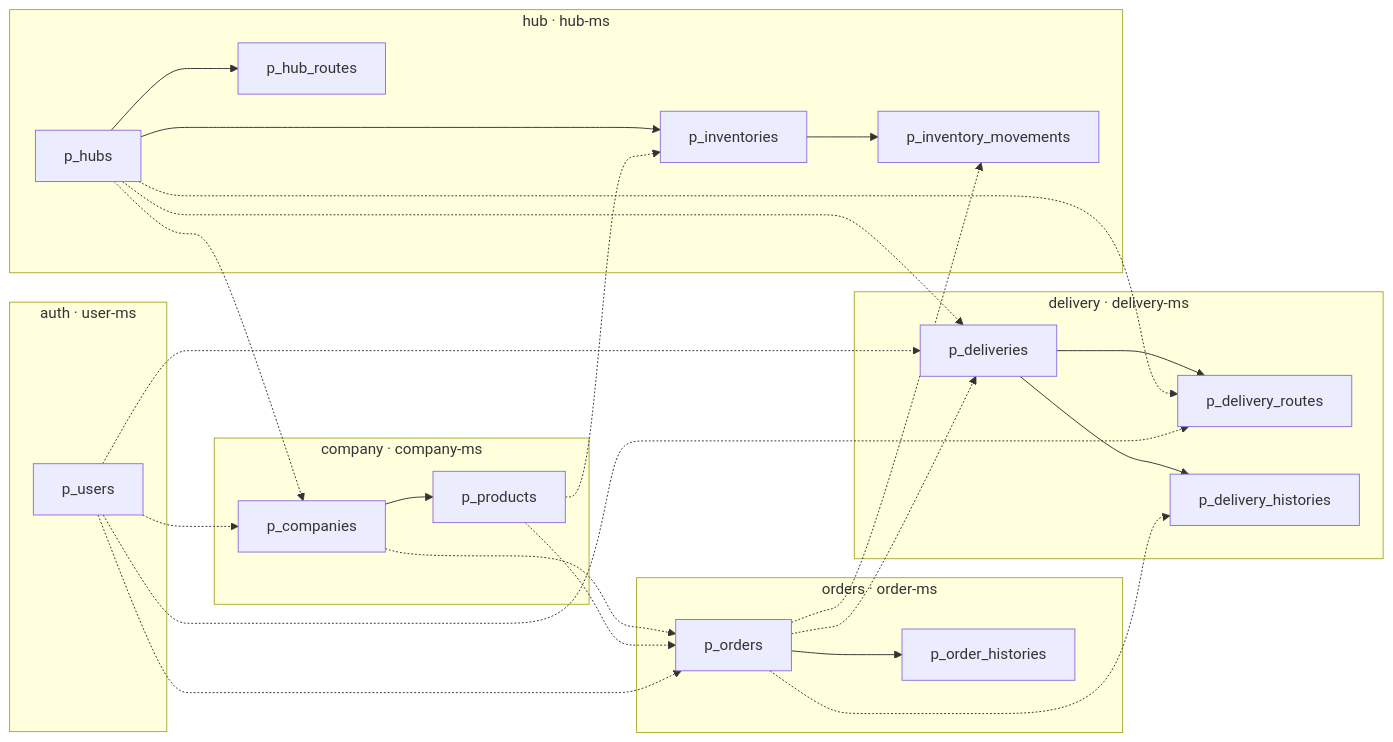
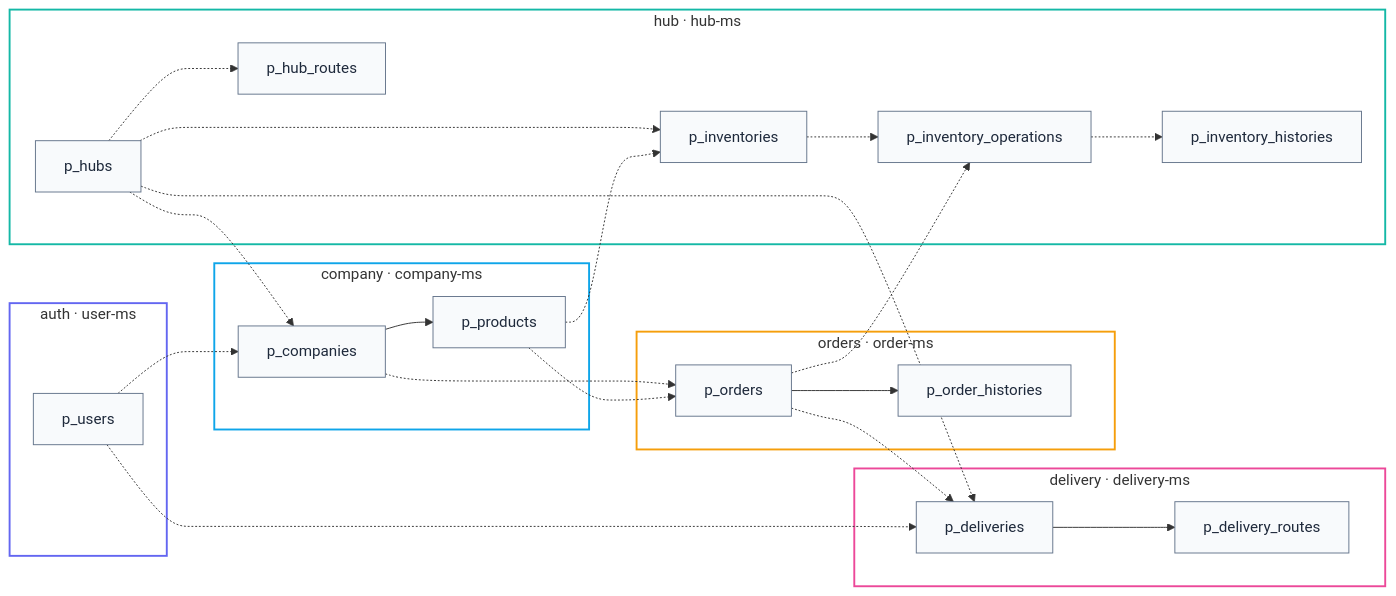
Before and after one commit to 01Commit10/sparta-logistics: the second of 4 diagrams in README.md, drawn with Mermaid. The commit also changed other lines of this file, not shown here.

First line of the commit message:
[DOCS] README: 제출용으로 전면 정리 (목적·역할·구성·실행·ERD·API)

````diff
--- a/README.md
+++ b/README.md
@@ -341,47 +327,54 @@
 ```mermaid
 flowchart LR
     subgraph AUTH["auth · user-ms"]
         users[p_users]
     end
+
     subgraph HUB["hub · hub-ms"]
         hubs[p_hubs]
         hub_routes[p_hub_routes]
         inventories[p_inventories]
-        inv_mv[p_inventory_movements]
+        inv_op[p_inventory_operations]
+        inv_hist[p_inventory_histories]
     end
+
     subgraph COMPANY["company · company-ms"]
         companies[p_companies]
         products[p_products]
     end
+
     subgraph ORDERS["orders · order-ms"]
         orders[p_orders]
         order_hist[p_order_histories]
     end
+
     subgraph DELIVERY["delivery · delivery-ms"]
         deliveries[p_deliveries]
         dlv_routes[p_delivery_routes]
-        dlv_hist[p_delivery_histories]
     end
 
-    hubs --> hub_routes
-    hubs --> inventories
-    inventories --> inv_mv
     companies --> products
     orders --> order_hist
     deliveries --> dlv_routes
-    deliveries --> dlv_hist
+
+    hubs -.-> hub_routes & inventories
+    inventories -.-> inv_op -.-> inv_hist
 
     products -.-> inventories
-    orders -.-> inv_mv
     hubs -.-> companies
     users -.-> companies
     companies -.-> orders
     products -.-> orders
-    users -.-> orders
+    orders -.-> inv_op
     orders -.-> deliveries
     hubs -.-> deliveries
     users -.-> deliveries
-    hubs -.-> dlv_routes
-    users -.-> dlv_routes
-    orders -.-> dlv_hist
+
+    classDef t fill:#F8FAFC,stroke:#64748B,color:#1E293B
+    class users,hubs,hub_routes,inventories,inv_op,inv_hist,companies,products,orders,order_hist,deliveries,dlv_routes t
+    style AUTH fill:transparent,stroke:#6366F1,stroke-width:2px
+    style HUB fill:transparent,stroke:#14B8A6,stroke-width:2px
+    style COMPANY fill:transparent,stroke:#0EA5E9,stroke-width:2px
+    style ORDERS fill:transparent,stroke:#F59E0B,stroke-width:2px
+    style DELIVERY fill:transparent,stroke:#EC4899,stroke-width:2px
 ```
````
